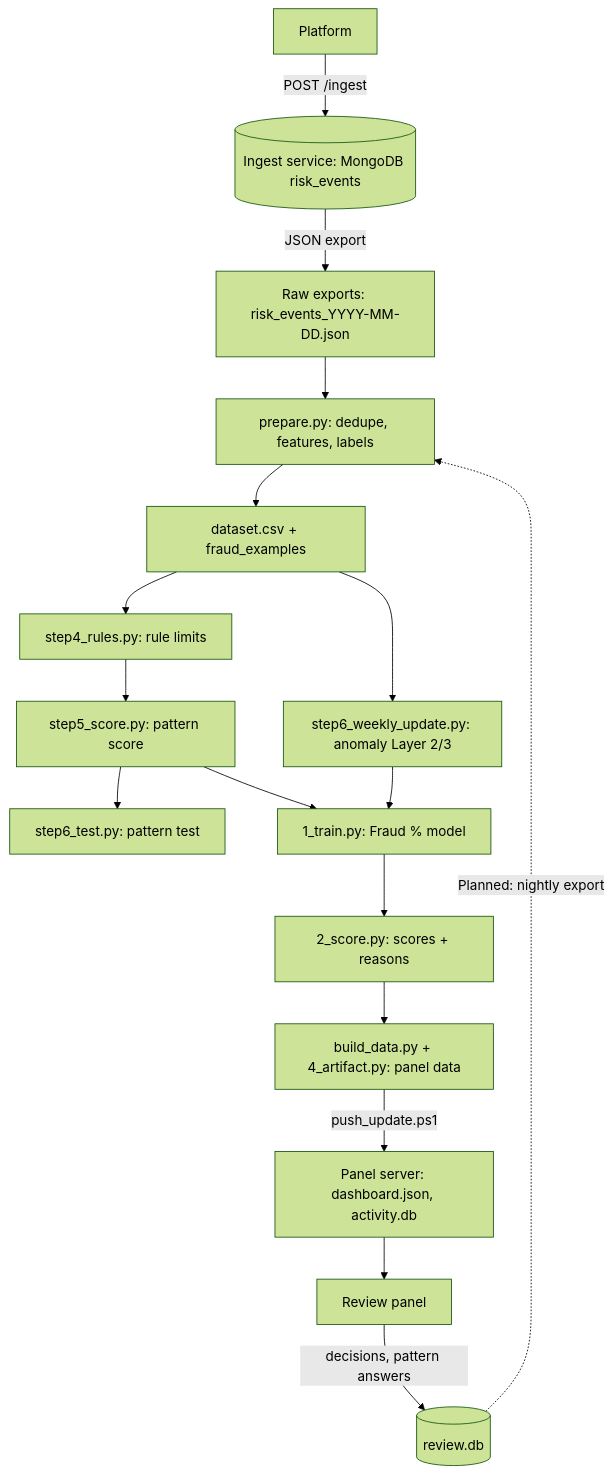
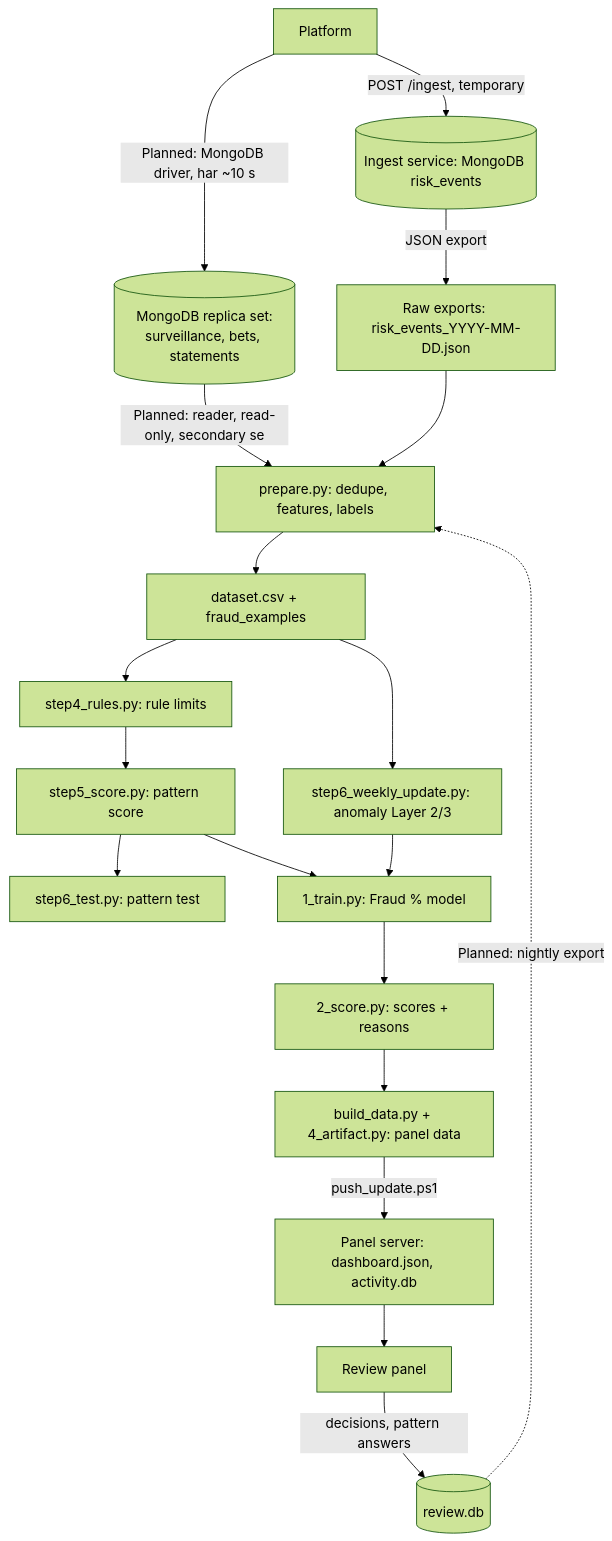
The diagram in documents/Data_Quality_aur_Lineage.md (MiraiGateTechnologies/fraud_detection), drawn with Mermaid (forest theme) before and after one commit. The commit also changed other lines of this file and 17 other files, not shown here.

````diff
--- a/documents/Data_Quality_aur_Lineage.md
+++ b/documents/Data_Quality_aur_Lineage.md
@@ -27,19 +27,21 @@
 ```mermaid
 flowchart TD
-    A[Platform] -->|POST /ingest| B[(Ingest service: MongoDB risk_events)]
+    A[Platform] -->|POST /ingest, temporary| B[(Ingest service: MongoDB risk_events)]
+    A -->|Planned: MongoDB driver, har ~10 s| RS[(MongoDB replica set:<br/>surveillance, bets, statements)]
+    RS -->|Planned: reader, read-only, secondary se| D
     B -->|JSON export| C[Raw exports: risk_events_YYYY-MM-DD.json]
     C --> D[prepare.py: dedupe, features, labels]
     D --> E[dataset.csv + fraud_examples]
     E --> F[step4_rules.py: rule limits]
     F --> G[step5_score.py: pattern score]
     G --> H[step6_test.py: pattern test]
     E --> I[step6_weekly_update.py: anomaly Layer 2/3]
     G --> J[1_train.py: Fraud % model]
     I --> J
     J --> K[2_score.py: scores + reasons]
     K --> L[build_data.py + 4_artifact.py: panel data]
     L -->|push_update.ps1| M[Panel server: dashboard.json, activity.db]
     M --> N[Review panel]
     N -->|decisions, pattern answers| O[(review.db)]
     O -.->|Planned: nightly export| D
 ```
````
